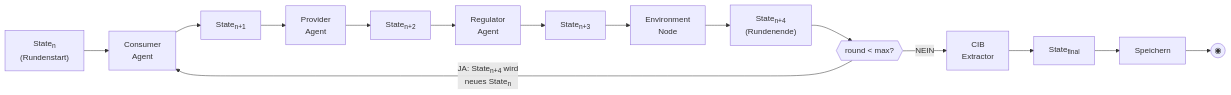
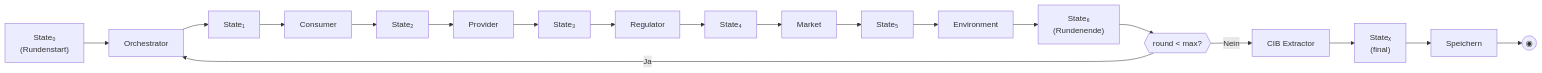
One commit to manucarbajo/AeroForesightAI changed the sixth of 6 diagrams in docs/challenge2/documentation.md. Above: the diagram before and after it, drawn with Mermaid. The commit also changed other lines of this file, not shown here.

````diff
--- a/docs/challenge2/documentation.md
+++ b/docs/challenge2/documentation.md
@@ -953,23 +1145,26 @@
 ```mermaid
 flowchart LR
-    StateN["State<sub>n</sub><br/>(Rundenstart)"]
-    Consumer["Consumer<br/>Agent"]
-    StateN1["State<sub>n+1</sub>"]
-    Provider["Provider<br/>Agent"]
-    StateN2["State<sub>n+2</sub>"]
-    Regulator["Regulator<br/>Agent"]
-    StateN3["State<sub>n+3</sub>"]
-    Environment["Environment<br/>Node"]
-    StateN4["State<sub>n+4</sub><br/>(Rundenende)"]
-    Decision{{"round < max?"}}
-    CIB["CIB<br/>Extractor"]
-    StateFinal["State<sub>final</sub>"]
+    S0["State₀\n(Rundenstart)"]
+    Orch["Orchestrator"]
+    S1["State₁"]
+    Con["Consumer"]
+    S2["State₂"]
+    Pro["Provider"]
+    S3["State₃"]
+    Reg["Regulator"]
+    S4["State₄"]
+    Mkt["Market"]
+    S5["State₅"]
+    Env["Environment"]
+    S6["State₆\n(Rundenende)"]
+    Dec{{"round < max?"}}
+    CIB["CIB Extractor"]
+    SF["Stateₓ\n(final)"]
     Save["Speichern"]
-    Ende((◉))
+    End((◉))
 
-    StateN --> Consumer --> StateN1 --> Provider --> StateN2 --> Regulator --> StateN3 --> Environment --> StateN4
-    StateN4 --> Decision
-    Decision -->|"JA: State<sub>n+4</sub> wird<br/>neues State<sub>n</sub>"| Consumer
-    Decision -->|NEIN| CIB
-    CIB --> StateFinal --> Save --> Ende
+    S0 --> Orch --> S1 --> Con --> S2 --> Pro --> S3 --> Reg --> S4 --> Mkt --> S5 --> Env --> S6
+    S6 --> Dec
+    Dec -->|"Ja"| Orch
+    Dec -->|"Nein"| CIB --> SF --> Save --> End
 ```
````
